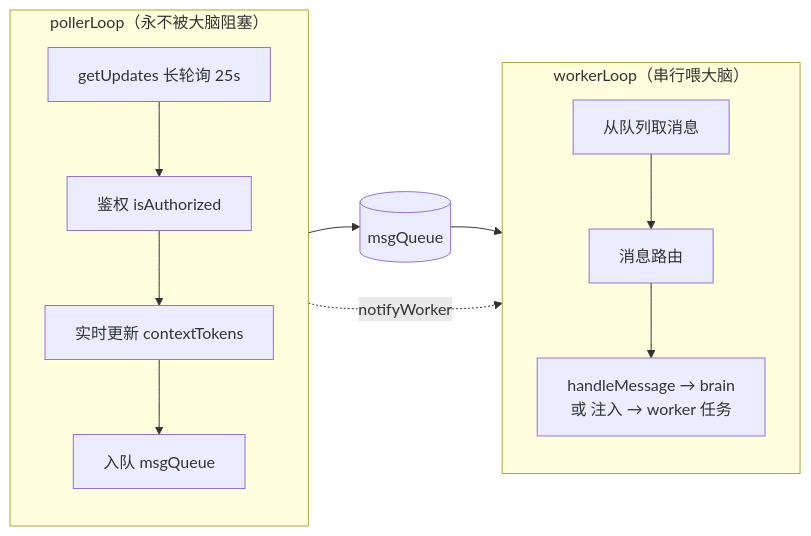
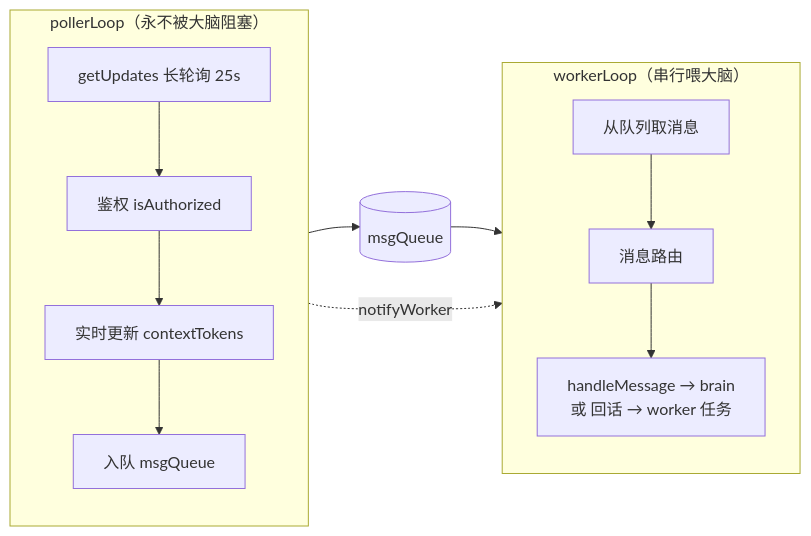
Before and after one commit to imwangpan/WeMind: the fourth of 6 diagrams in docs/repowiki/02-系统架构.md, drawn with Mermaid. The commit also changed other lines of this file and 57 other files, not shown here.

````diff
--- a/docs/repowiki/02-系统架构.md
+++ b/docs/repowiki/02-系统架构.md
@@ -116,21 +116,21 @@
 ```mermaid
 graph LR
     subgraph poller["pollerLoop（永不被大脑阻塞）"]
         direction TB
         P1["getUpdates 长轮询 25s"]
         P2["鉴权 isAuthorized"]
         P3["实时更新 contextTokens"]
         P4["入队 msgQueue"]
         P1 --> P2 --> P3 --> P4
     end
     subgraph worker["workerLoop（串行喂大脑）"]
         direction TB
         W1["从队列取消息"]
         W2["消息路由"]
-        W3["handleMessage → brain<br/>或 注入 → worker 任务"]
+        W3["handleMessage → brain<br/>或 回话 → worker 任务"]
         W1 --> W2 --> W3
     end
     P4 -. notifyWorker .-> W1
     QUEUE[("msgQueue")]
     P4 --> QUEUE --> W1
 ```
````
